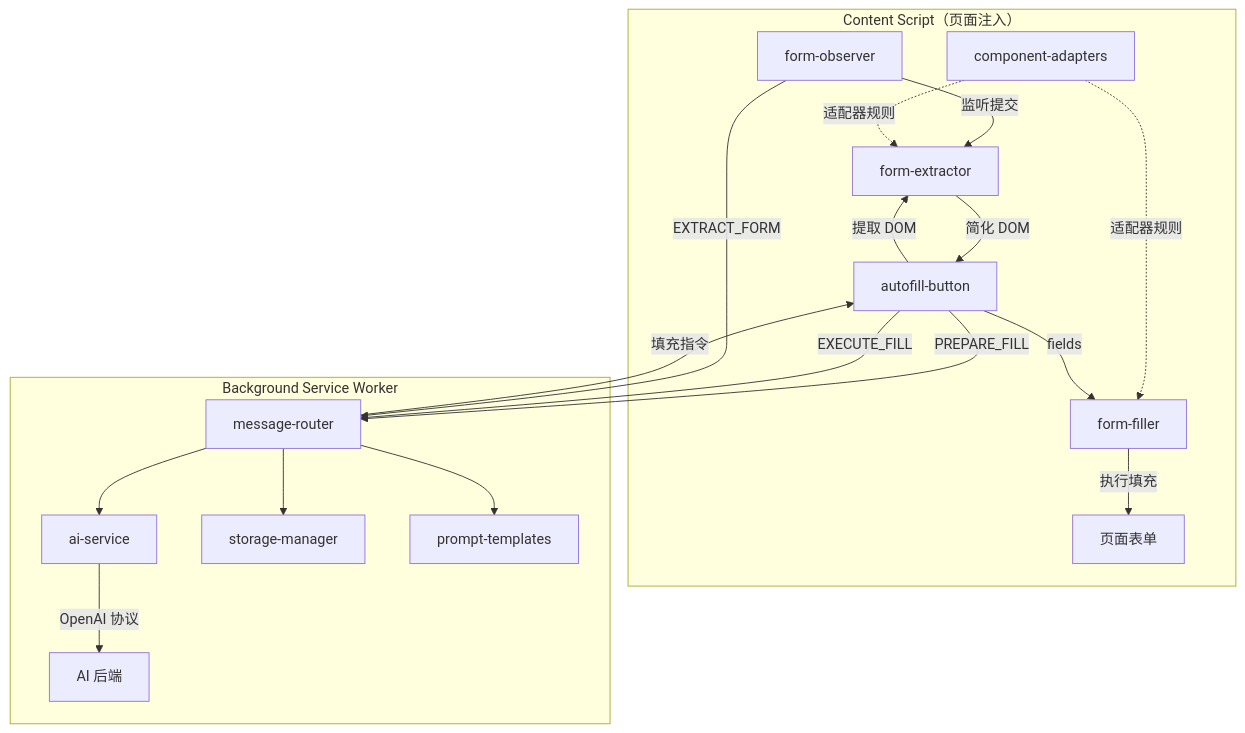
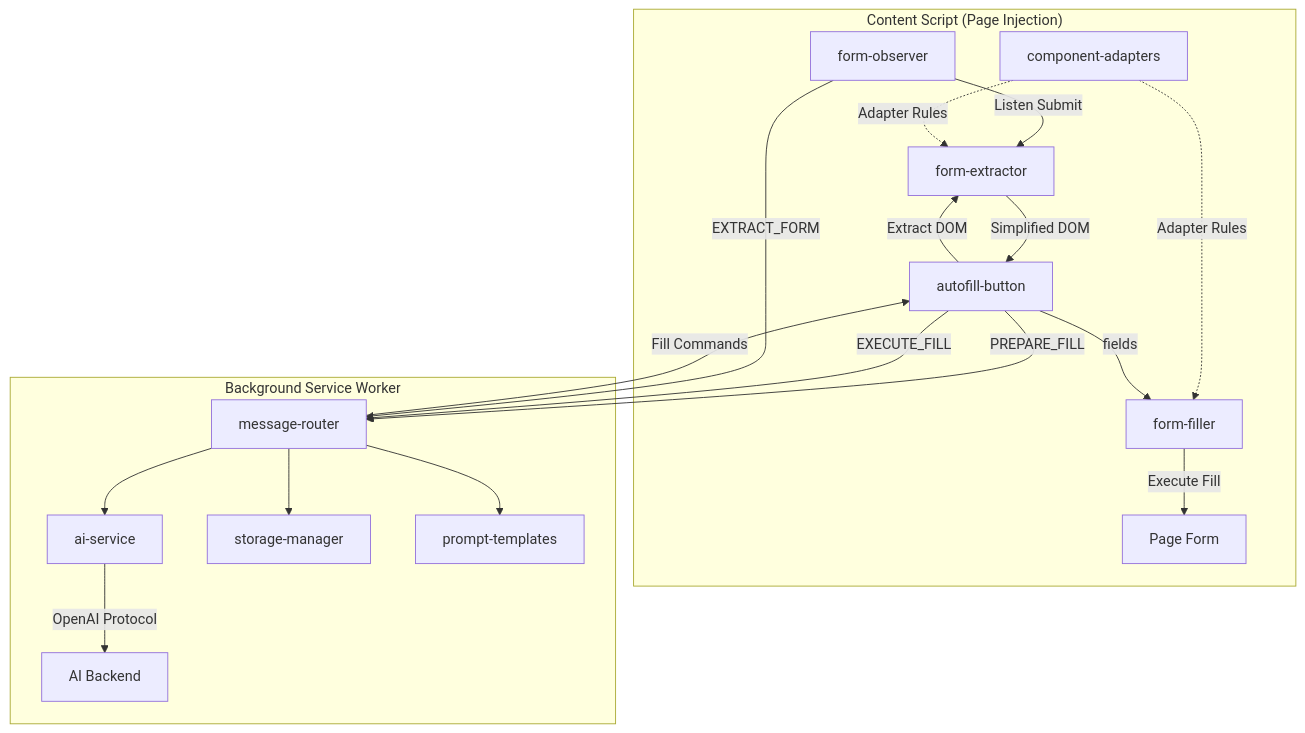
Before and after one commit to ymssx/aiform: the diagram in README.md, drawn with Mermaid. The commit also changed other lines of this file and 3 other files, not shown here.

````diff
--- a/README.md
+++ b/README.md
@@ -119,24 +118,24 @@
 ```mermaid
 graph TB
-    subgraph "Content Script（页面注入）"
-        A[form-observer] -->|监听提交| B[form-extractor]
-        C[autofill-button] -->|提取 DOM| B
-        B -->|简化 DOM| C
-        D[form-filler] -->|执行填充| E[页面表单]
-        F[component-adapters] -.->|适配器规则| B
-        F -.->|适配器规则| D
+    subgraph "Content Script (Page Injection)"
+        A[form-observer] -->|Listen Submit| B[form-extractor]
+        C[autofill-button] -->|Extract DOM| B
+        B -->|Simplified DOM| C
+        D[form-filler] -->|Execute Fill| E[Page Form]
+        F[component-adapters] -.->|Adapter Rules| B
+        F -.->|Adapter Rules| D
     end
 
     subgraph "Background Service Worker"
         G[message-router] --> H[ai-service]
         G --> I[storage-manager]
         G --> J[prompt-templates]
-        H -->|OpenAI 协议| K[AI 后端]
+        H -->|OpenAI Protocol| K[AI Backend]
     end
 
     C -->|PREPARE_FILL| G
     C -->|EXECUTE_FILL| G
     A -->|EXTRACT_FORM| G
-    G -->|填充指令| C
+    G -->|Fill Commands| C
     C -->|fields| D
 ```
````
